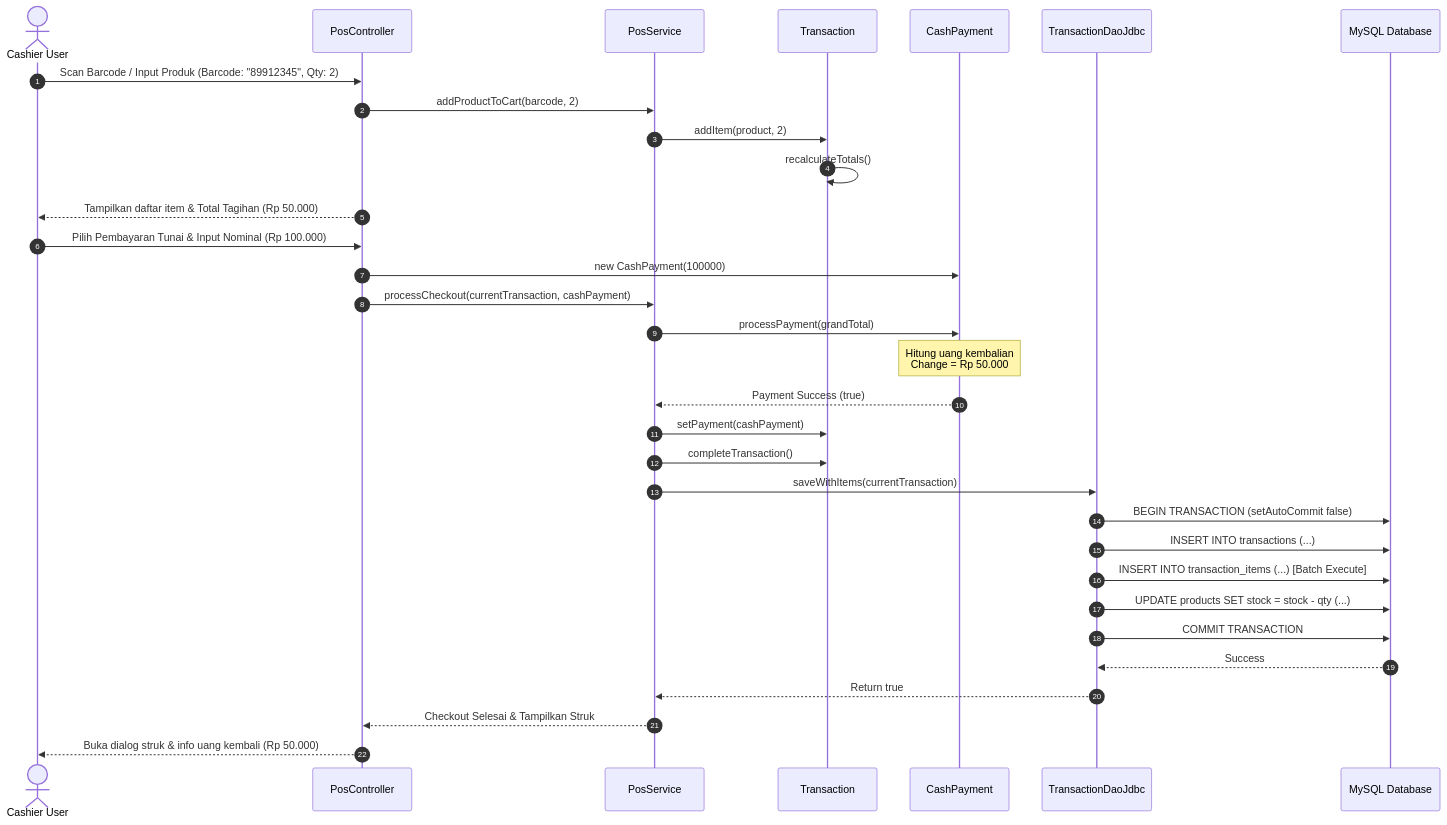
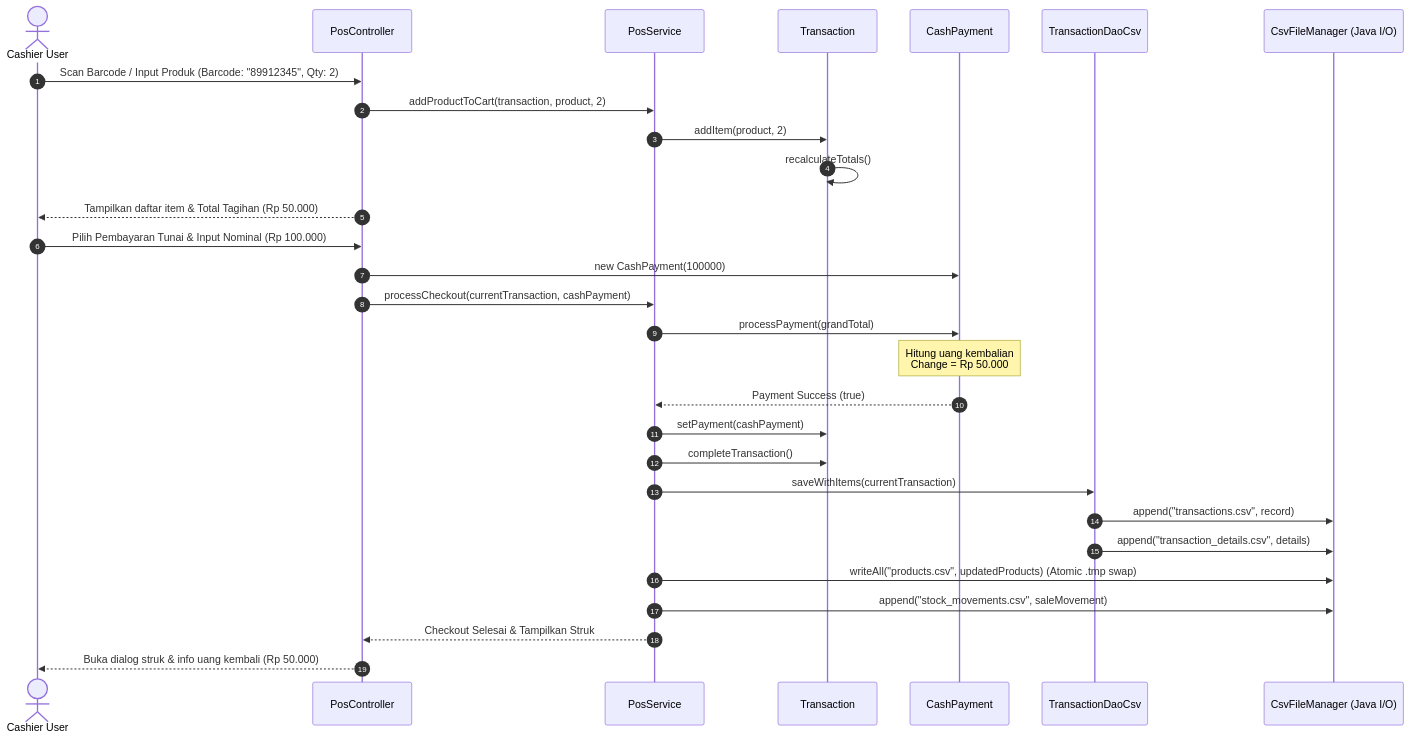
One commit to bintangriy/POS_app changed the second of 2 diagrams in docs/02-design/OOP_DESIGN.md. Above: the diagram before and after it, drawn with Mermaid. The commit also changed other lines of this file and 23 other files, not shown here.

Commit message:
docs: update comprehensive project documentation for CSV-based storage

````diff
--- a/docs/02-design/OOP_DESIGN.md
+++ b/docs/02-design/OOP_DESIGN.md
@@ -761,39 +344,37 @@
 ```mermaid
 sequenceDiagram
     autonumber
     actor Kasir as Cashier User
     participant View as PosController
     participant Service as PosService
     participant Trans as Transaction
     participant Pay as CashPayment
-    participant Dao as TransactionDaoJdbc
-    participant DB as MySQL Database
+    participant Dao as TransactionDaoCsv
+    participant Storage as CsvFileManager (Java I/O)
 
     Kasir->>View: Scan Barcode / Input Produk (Barcode: "89912345", Qty: 2)
-    View->>Service: addProductToCart(barcode, 2)
+    View->>Service: addProductToCart(transaction, product, 2)
     Service->>Trans: addItem(product, 2)
     Trans->>Trans: recalculateTotals()
     View-->>Kasir: Tampilkan daftar item & Total Tagihan (Rp 50.000)
 
     Kasir->>View: Pilih Pembayaran Tunai & Input Nominal (Rp 100.000)
     View->>Pay: new CashPayment(100000)
     View->>Service: processCheckout(currentTransaction, cashPayment)
     
     Service->>Pay: processPayment(grandTotal)
     Note over Pay: Hitung uang kembalian<br/>Change = Rp 50.000
     Pay-->>Service: Payment Success (true)
 
     Service->>Trans: setPayment(cashPayment)
     Service->>Trans: completeTransaction()
 
     Service->>Dao: saveWithItems(currentTransaction)
-    Dao->>DB: BEGIN TRANSACTION (setAutoCommit false)
-    Dao->>DB: INSERT INTO transactions (...)
-    Dao->>DB: INSERT INTO transaction_items (...) [Batch Execute]
-    Dao->>DB: UPDATE products SET stock = stock - qty (...)
-    Dao->>DB: COMMIT TRANSACTION
-    DB-->>Dao: Success
-    Dao-->>Service: Return true
+    Dao->>Storage: append("transactions.csv", record)
+    Dao->>Storage: append("transaction_details.csv", details)
+    Service->>Storage: writeAll("products.csv", updatedProducts) (Atomic .tmp swap)
+    Service->>Storage: append("stock_movements.csv", saleMovement)
+    
     Service-->>View: Checkout Selesai & Tampilkan Struk
     View-->>Kasir: Buka dialog struk & info uang kembali (Rp 50.000)
 ```
````
